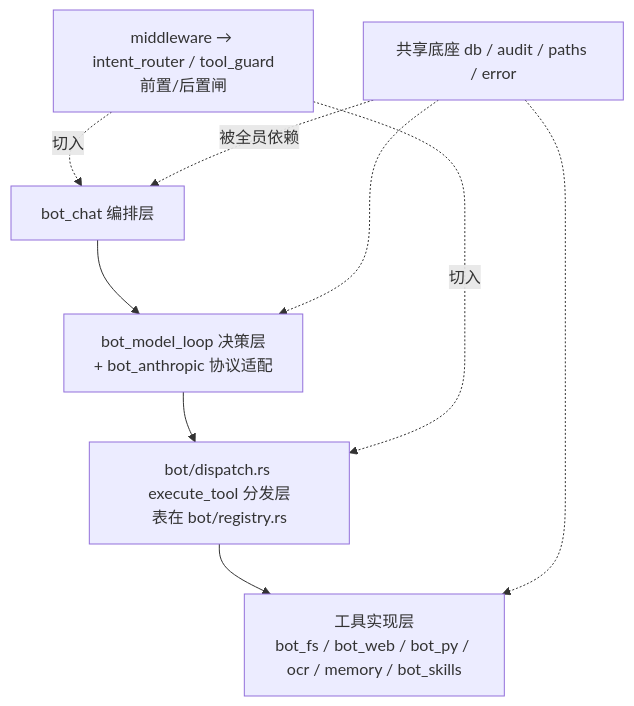
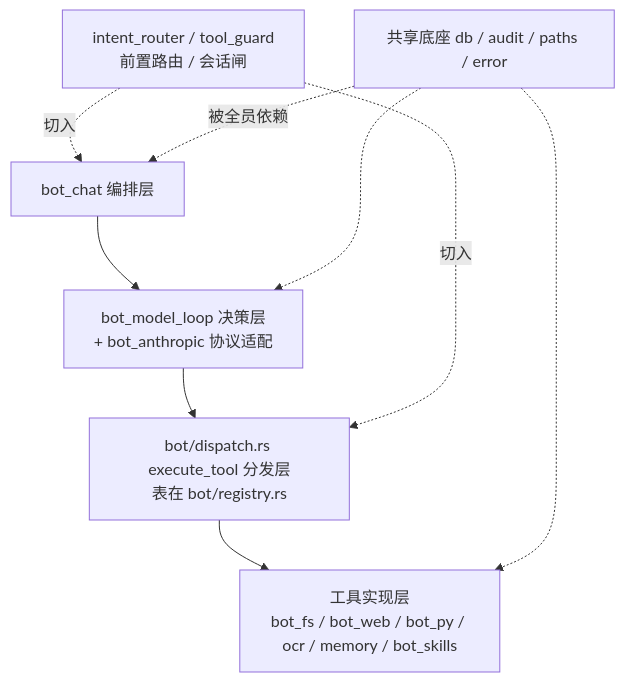
Before and after one commit to BLAGICLAB/WMessage: the third of 3 diagrams in docs/rust-bot-architecture.md, drawn with Mermaid. The commit also changed other lines of this file and 13 other files, not shown here.

````diff
--- a/docs/rust-bot-architecture.md
+++ b/docs/rust-bot-architecture.md
@@ -407,11 +404,11 @@
 ```mermaid
 flowchart TD
     编排[bot_chat 编排层] --> 决策[bot_model_loop 决策层<br/>+ bot_anthropic 协议适配]
     决策 --> 分发[bot/dispatch.rs execute_tool 分发层<br/>表在 bot/registry.rs]
     分发 --> 工具[工具实现层<br/>bot_fs / bot_web / bot_py / ocr / memory / bot_skills]
-    闸[middleware → intent_router / tool_guard<br/>前置/后置闸] -.切入.-> 编排
+    闸[intent_router / tool_guard<br/>前置路由 / 会话闸] -.切入.-> 编排
     闸 -.切入.-> 分发
     底座[共享底座 db / audit / paths / error] -.被全员依赖.-> 编排
     底座 -.-> 决策
     底座 -.-> 工具
 ```
````
